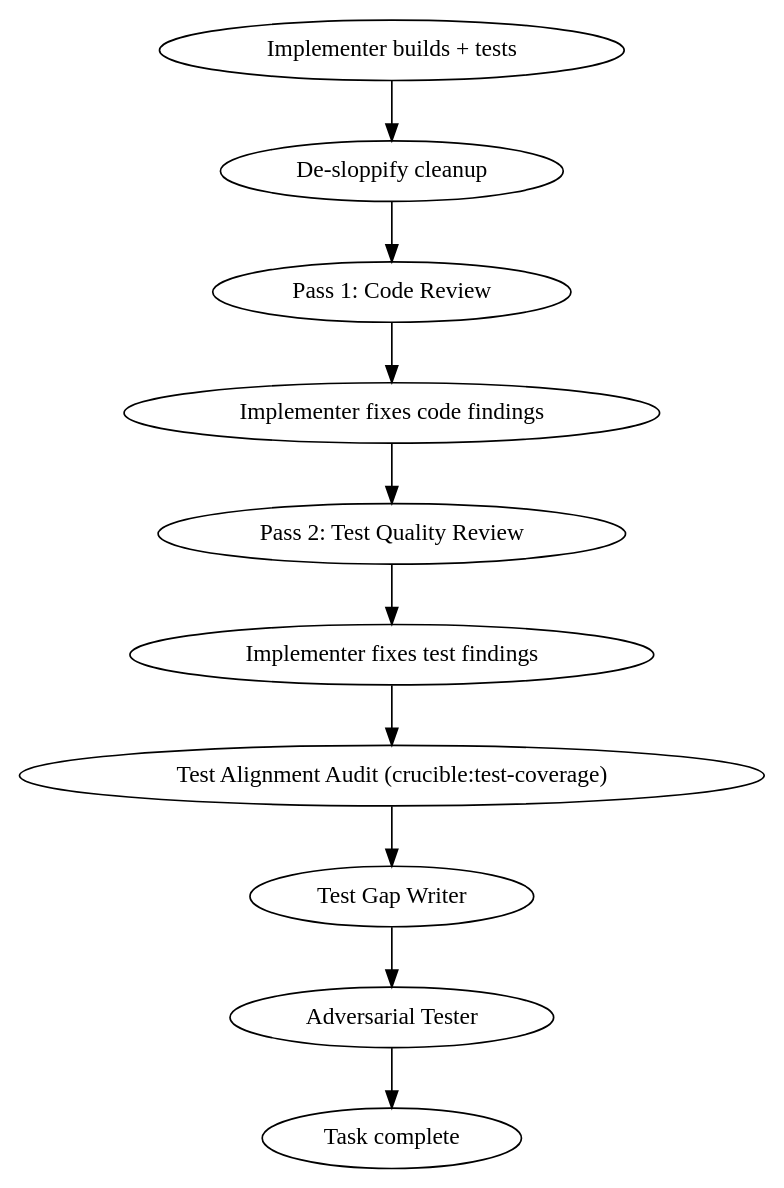
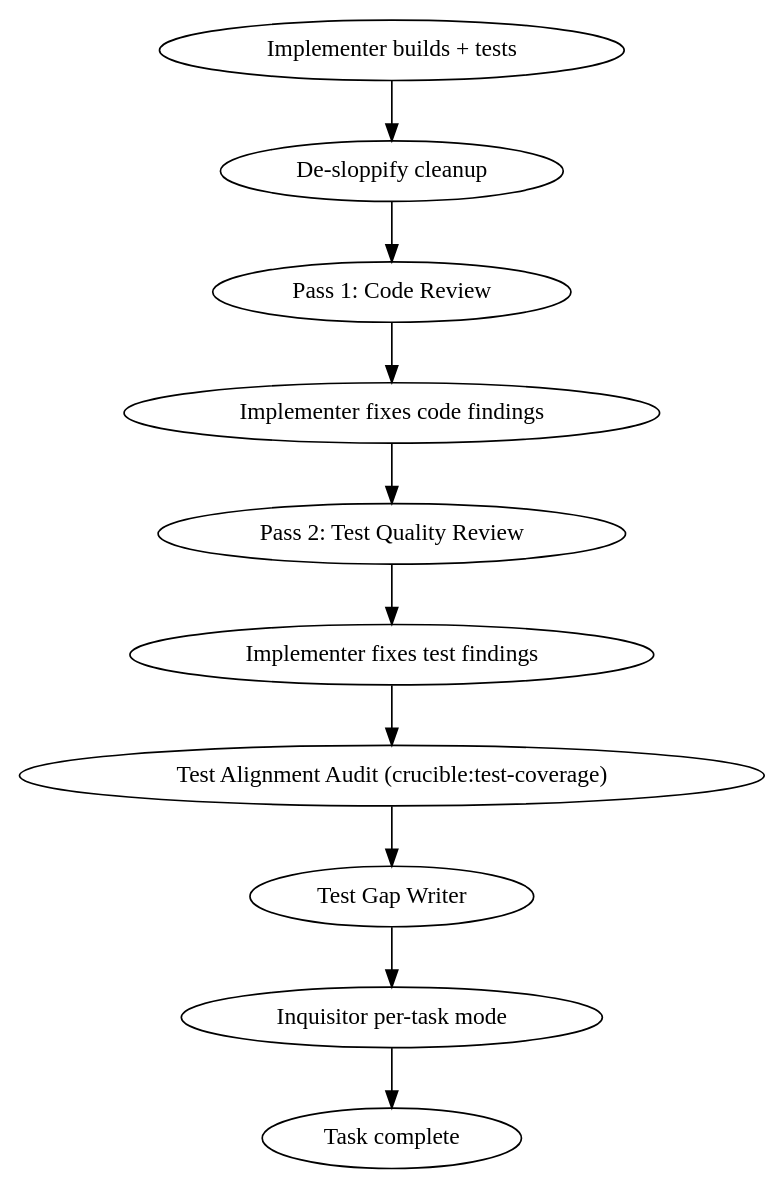
The diagram in skills/build/SKILL.md (raddue/crucible), drawn with Graphviz before and after one commit. The commit also changed other lines of this file and 17 other files, not shown here.

Commit message:
feat(inquisitor): absorb adversarial testing (#720)

````diff
--- a/skills/build/SKILL.md
+++ b/skills/build/SKILL.md
@@ -949,13 +949,13 @@
 ```dot
 digraph review {
   "Implementer builds + tests" -> "De-sloppify cleanup";
   "De-sloppify cleanup" -> "Pass 1: Code Review";
   "Pass 1: Code Review" -> "Implementer fixes code findings";
   "Implementer fixes code findings" -> "Pass 2: Test Quality Review";
   "Pass 2: Test Quality Review" -> "Implementer fixes test findings";
   "Implementer fixes test findings" -> "Test Alignment Audit (crucible:test-coverage)";
   "Test Alignment Audit (crucible:test-coverage)" -> "Test Gap Writer";
-  "Test Gap Writer" -> "Adversarial Tester";
-  "Adversarial Tester" -> "Task complete";
+  "Test Gap Writer" -> "Inquisitor per-task mode";
+  "Inquisitor per-task mode" -> "Task complete";
 }
 ```
````
